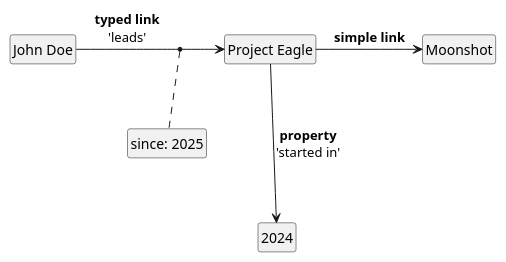
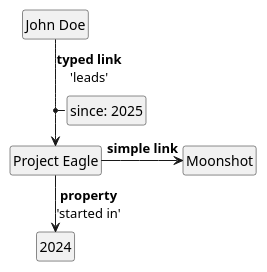
The diagram in site/images/triple-structure.puml (Calpano/ddot.it), drawn with PlantUML before and after one commit. The commit also changed 3 other files, not shown here.

```diff
--- a/site/images/triple-structure.puml
+++ b/site/images/triple-structure.puml
@@ -1,14 +1,17 @@
 @startuml
+skinparam nodesep 10
+skinparam ranksep 20
 hide empty members
 hide circles
+'left to right direction
 class entityA as "John Doe"
 class entityB as "Project Eagle"
 class entityC as "Moonshot"
 class value1 as "2024"
 class meta as "since: 2025"
 
-entityA -> entityB : **typed link**\n'leads'
+entityA --> entityB : **typed link**\n'leads'
 entityB -> entityC : **simple link**
-entityB ---> value1 : **property**\n'started in'
+entityB --> value1 : **property**\n'started in'
 (entityA, entityB) .. meta
 @enduml
```
